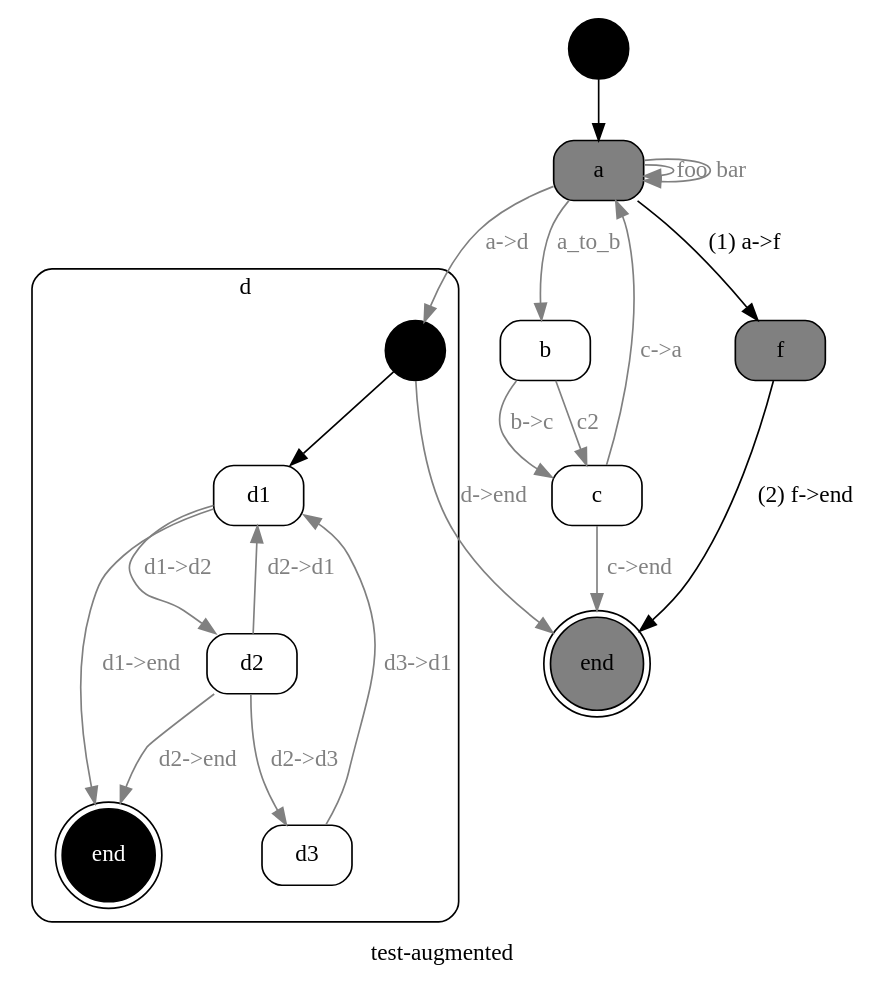
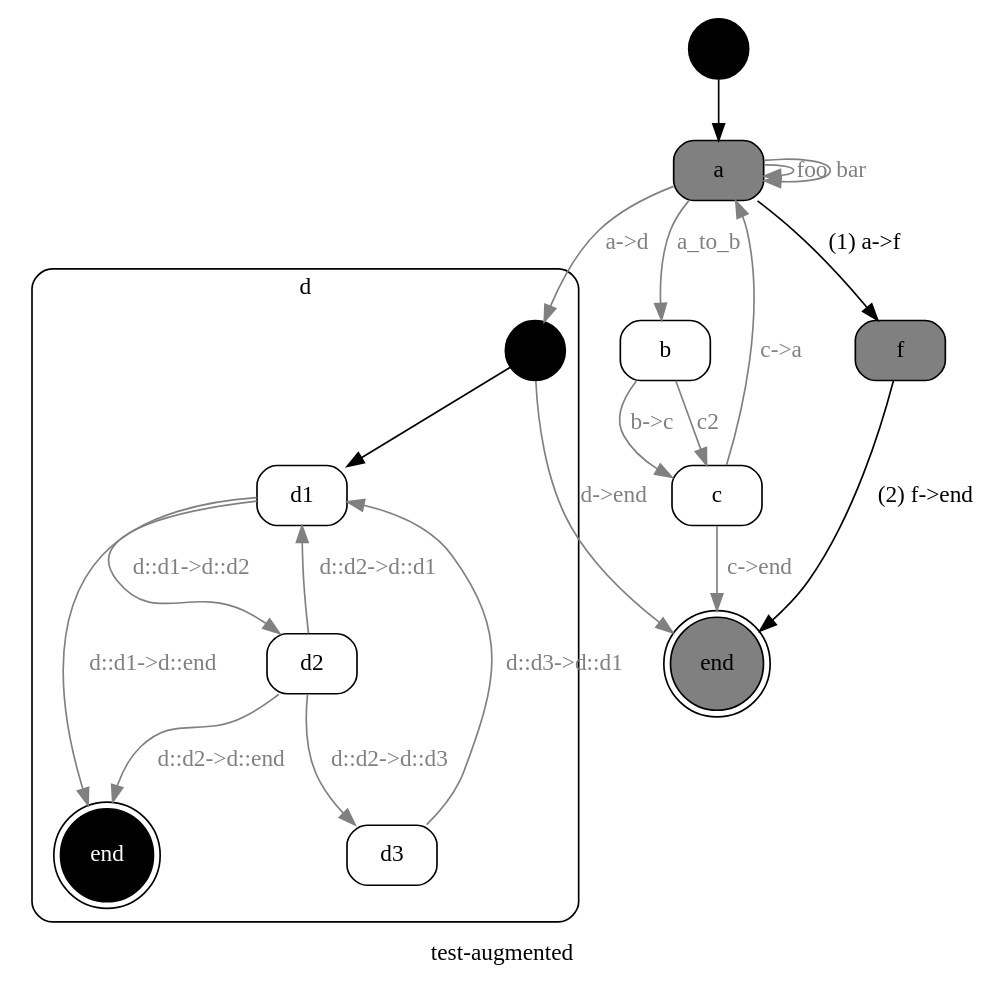
The diagram in example/red_steak-test-augmented-history.dot (kstephens/red_steak), drawn with Graphviz before and after one commit. The commit also changed 23 other files, not shown here.

First line of the commit message:
MAJOR CHANGES: Closer to UML metamodel and semantics. Substates can be defined without a substatemachine. Support "a::sub" namespacing and lookup. Refactored State into Vertex for future Pseudostate class and support. Builder syntax for implied transition source has changed.

```diff
--- a/example/red_steak-test-augmented-history.dot
+++ b/example/red_steak-test-augmented-history.dot
@@ -1,100 +1,100 @@
 
-// {#<RedSteak::Statemachine [:"test-augmented"]>
+// {#<RedSteak::Statemachine test-augmented>
 digraph x1 {
   label="test-augmented"; 
   node [ shape="circle", label="", style=filled, fillcolor=black ] x1_START; 
 
-// #<RedSteak::State [:a]>
+// #<RedSteak::State test-augmented a>
   node [ shape="box", label="a", style="filled,rounded", color=black, fillcolor=grey, fontcolor=black ] x2;
 
-// #<RedSteak::State [:b]>
+// #<RedSteak::State test-augmented b>
   node [ shape="box", label="b", style="filled,rounded", color=black, fillcolor=white, fontcolor=black ] x3;
 
-// #<RedSteak::State [:c]>
+// #<RedSteak::State test-augmented c>
   node [ shape="box", label="c", style="filled,rounded", color=black, fillcolor=white, fontcolor=black ] x4;
 
-// #<RedSteak::State [:d]>
+// #<RedSteak::State test-augmented d>
 
-// {#<RedSteak::Statemachine [:"test-augmented", :d, :d]>
+// {#<RedSteak::Statemachine test-augmented::d>
 subgraph cluster_x5 {
   label="d"; 
   shape="box"; 
   style="filled,rounded"; 
-  fillcolor="white"; 
-  fontcolor="black"; 
+  fillcolor=white; 
+  fontcolor=black; 
   node [ shape="circle", label="", style=filled, fillcolor=black ] x5_START; 
 
-// #<RedSteak::State [:d, :d1]>
+// #<RedSteak::State test-augmented::d d::d1>
   node [ shape="box", label="d1", style="filled,rounded", color=black, fillcolor=white, fontcolor=black ] x6;
 
-// #<RedSteak::State [:d, :d2]>
+// #<RedSteak::State test-augmented::d d::d2>
   node [ shape="box", label="d2", style="filled,rounded", color=black, fillcolor=white, fontcolor=black ] x7;
 
-// #<RedSteak::State [:d, :d3]>
+// #<RedSteak::State test-augmented::d d::d3>
   node [ shape="box", label="d3", style="filled,rounded", color=black, fillcolor=white, fontcolor=black ] x8;
 
-// #<RedSteak::State [:d, :end]>
+// #<RedSteak::State test-augmented::d d::end>
   node [ shape="doublecircle", label="end", style="filled,rounded", color=black, fillcolor=black, fontcolor=white ] x9;
 }
-// } #<RedSteak::Statemachine [:"test-augmented", :d, :d]>
+// } #<RedSteak::Statemachine test-augmented::d>
 
-// #<RedSteak::State [:end]>
+// #<RedSteak::State test-augmented end>
   node [ shape="doublecircle", label="end", style="filled,rounded", color=black, fillcolor=grey, fontcolor=black ] x10;
 
-// #<RedSteak::State [:f]>
+// #<RedSteak::State test-augmented f>
   node [ shape="box", label="f", style="filled,rounded", color=black, fillcolor=grey, fontcolor=black ] x11;
 
-// #<RedSteak::Transition :foo :a -> :a>
+// #<RedSteak::Transition :foo a -> a>
 x2 -> x2 [ label="foo", color=gray, fontcolor=gray ];
 
-// #<RedSteak::Transition :bar :a -> :a>
+// #<RedSteak::Transition :bar a -> a>
 x2 -> x2 [ label="bar", color=gray, fontcolor=gray ];
 
-// #<RedSteak::Transition :a_to_b :a -> :b>
+// #<RedSteak::Transition :a_to_b a -> b>
 x2 -> x3 [ label="a_to_b", color=gray, fontcolor=gray ];
 
-// #<RedSteak::Transition :"b->c" :b -> :c>
+// #<RedSteak::Transition :"b->c" b -> c>
 x3 -> x4 [ label="b->c", color=gray, fontcolor=gray ];
 
-// #<RedSteak::Transition :c2 :b -> :c>
+// #<RedSteak::Transition :c2 b -> c>
 x3 -> x4 [ label="c2", color=gray, fontcolor=gray ];
 
-// #<RedSteak::Transition :"c->a" :c -> :a>
+// #<RedSteak::Transition :"c->a" c -> a>
 x4 -> x2 [ label="c->a", color=gray, fontcolor=gray ];
 
-// #<RedSteak::Transition :"c->end" :c -> :end>
+// #<RedSteak::Transition :"c->end" c -> end>
 x4 -> x10 [ label="c->end", color=gray, fontcolor=gray ];
 
-// #<RedSteak::Transition :"a->d" :a -> :d>
+// #<RedSteak::Transition :"a->d" a -> d>
 x2 -> x5_START [ label="a->d", color=gray, fontcolor=gray ];
 
-// #<RedSteak::Transition :"d->end" :d -> :end>
+// #<RedSteak::Transition :"d->end" d -> end>
 x5_START -> x10 [ label="d->end", color=gray, fontcolor=gray ];
 
-// #<RedSteak::Transition :"a->f" :a -> :f>
+// #<RedSteak::Transition :"a->f" a -> f>
 x2 -> x11 [ label="(1) a->f", color=black, fontcolor=black ];
 
-// #<RedSteak::Transition :"f->end" :f -> :end>
+// #<RedSteak::Transition :"f->end" f -> end>
 x11 -> x10 [ label="(2) f->end", color=black, fontcolor=black ];
 x1_START -> x2;
 
-// #<RedSteak::Transition :"d1->d2" :d1 -> :d2>
-x6 -> x7 [ label="d1->d2", color=gray, fontcolor=gray ];
+// #<RedSteak::Transition :"d::d1->d::d2" d::d1 -> d::d2>
+x6 -> x7 [ label="d::d1->d::d2", color=gray, fontcolor=gray ];
 
-// #<RedSteak::Transition :"d1->end" :d1 -> :end>
-x6 -> x9 [ label="d1->end", color=gray, fontcolor=gray ];
+// #<RedSteak::Transition :"d::d1->d::end" d::d1 -> d::end>
+x6 -> x9 [ label="d::d1->d::end", color=gray, fontcolor=gray ];
 
-// #<RedSteak::Transition :"d2->d1" :d2 -> :d1>
-x7 -> x6 [ label="d2->d1", color=gray, fontcolor=gray ];
+// #<RedSteak::Transition :"d::d2->d::d1" d::d2 -> d::d1>
+x7 -> x6 [ label="d::d2->d::d1", color=gray, fontcolor=gray ];
 
-// #<RedSteak::Transition :"d2->end" :d2 -> :end>
-x7 -> x9 [ label="d2->end", color=gray, fontcolor=gray ];
+// #<RedSteak::Transition :"d::d2->d::end" d::d2 -> d::end>
+x7 -> x9 [ label="d::d2->d::end", color=gray, fontcolor=gray ];
 
-// #<RedSteak::Transition :"d3->d1" :d3 -> :d1>
-x8 -> x6 [ label="d3->d1", color=gray, fontcolor=gray ];
+// #<RedSteak::Transition :"d::d3->d::d1" d::d3 -> d::d1>
+x8 -> x6 [ label="d::d3->d::d1", color=gray, fontcolor=gray ];
 
-// #<RedSteak::Transition :"d2->d3" :d2 -> :d3>
-x7 -> x8 [ label="d2->d3", color=gray, fontcolor=gray ];
+// #<RedSteak::Transition :"d::d2->d::d3" d::d2 -> d::d3>
+x7 -> x8 [ label="d::d2->d::d3", color=gray, fontcolor=gray ];
 x5_START -> x6;
 }
-// } #<RedSteak::Statemachine [:"test-augmented"]>
+// } #<RedSteak::Statemachine test-augmented>
```
